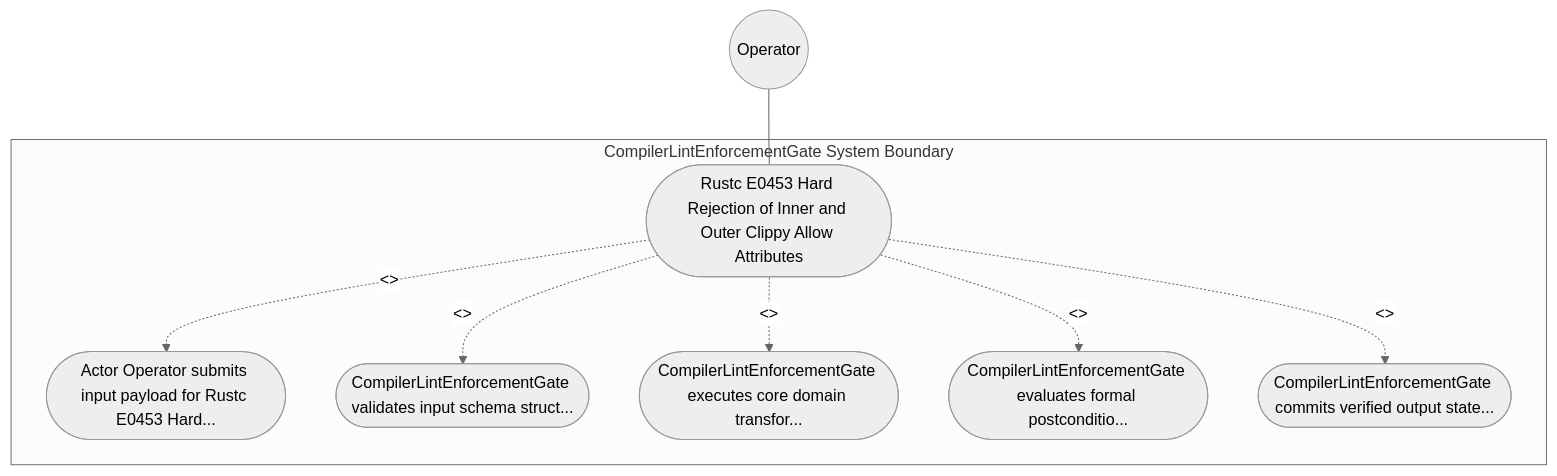
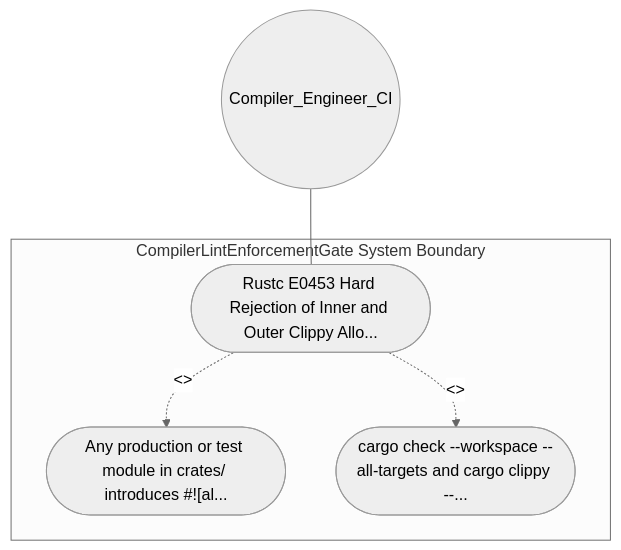
The diagram in .pipeline/upstream/docs/use-cases/UC-01-Rustc_E0453_Hard_Rejection_of_Inner_and_Outer_Clippy_Allow_Attributes.md (gintatkinson/DEAP01-spec-core), drawn with Mermaid (neutral theme) before and after one commit. The commit also changed other lines of this file and 213 other files, not shown here.

````diff
--- a/.pipeline/upstream/docs/use-cases/UC-01-Rustc_E0453_Hard_Rejection_of_Inner_and_Outer_Clippy_Allow_Attributes.md
+++ b/.pipeline/upstream/docs/use-cases/UC-01-Rustc_E0453_Hard_Rejection_of_Inner_and_Outer_Clippy_Allow_Attributes.md
@@ -16,17 +16,11 @@
 ```mermaid
 graph TD
     subgraph "CompilerLintEnforcementGate System Boundary"
-        UC_Main(["Rustc E0453 Hard Rejection of Inner and Outer Clippy Allow Attributes"])
-        UC_Step01(["Actor Operator submits input payload for Rustc E0453 Hard..."])
-        UC_Step02(["CompilerLintEnforcementGate validates input schema struct..."])
-        UC_Step03(["CompilerLintEnforcementGate executes core domain transfor..."])
-        UC_Step04(["CompilerLintEnforcementGate evaluates formal postconditio..."])
-        UC_Step05(["CompilerLintEnforcementGate commits verified output state..."])
+        UC_Main(["Rustc E0453 Hard Rejection of Inner and Outer Clippy Allo..."])
+        UC_Step01(["Any production or test module in crates/ introduces #![al..."])
+        UC_Step02(["cargo check --workspace --all-targets and cargo clippy --..."])
     end
-    Operator(("Operator")) --- UC_Main
+    Compiler_Engineer_CI(("Compiler_Engineer_CI")) --- UC_Main
     UC_Main -. "<<include>>" .-> UC_Step01
     UC_Main -. "<<include>>" .-> UC_Step02
-    UC_Main -. "<<include>>" .-> UC_Step03
-    UC_Main -. "<<include>>" .-> UC_Step04
-    UC_Main -. "<<include>>" .-> UC_Step05
 ```
````
